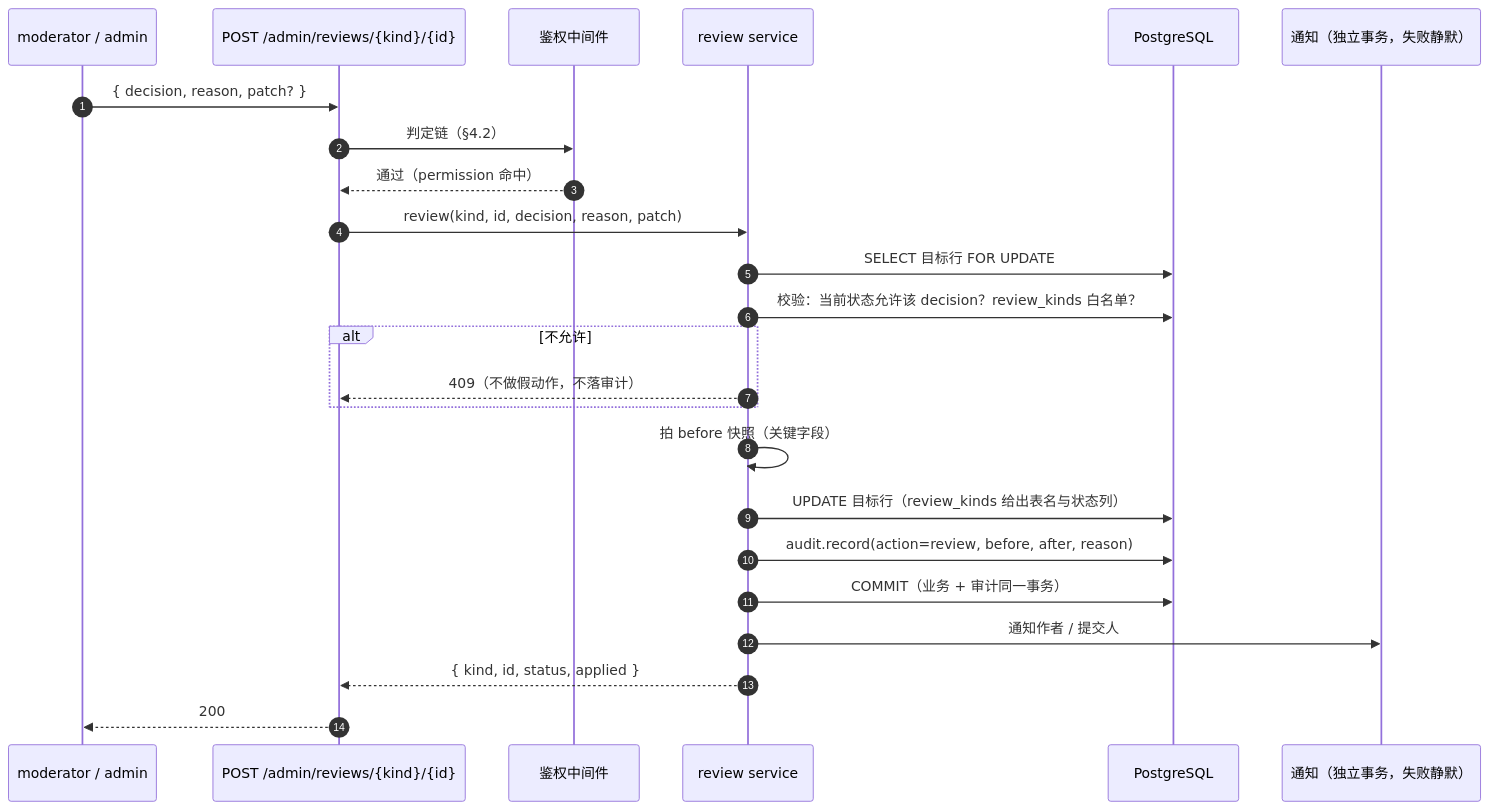
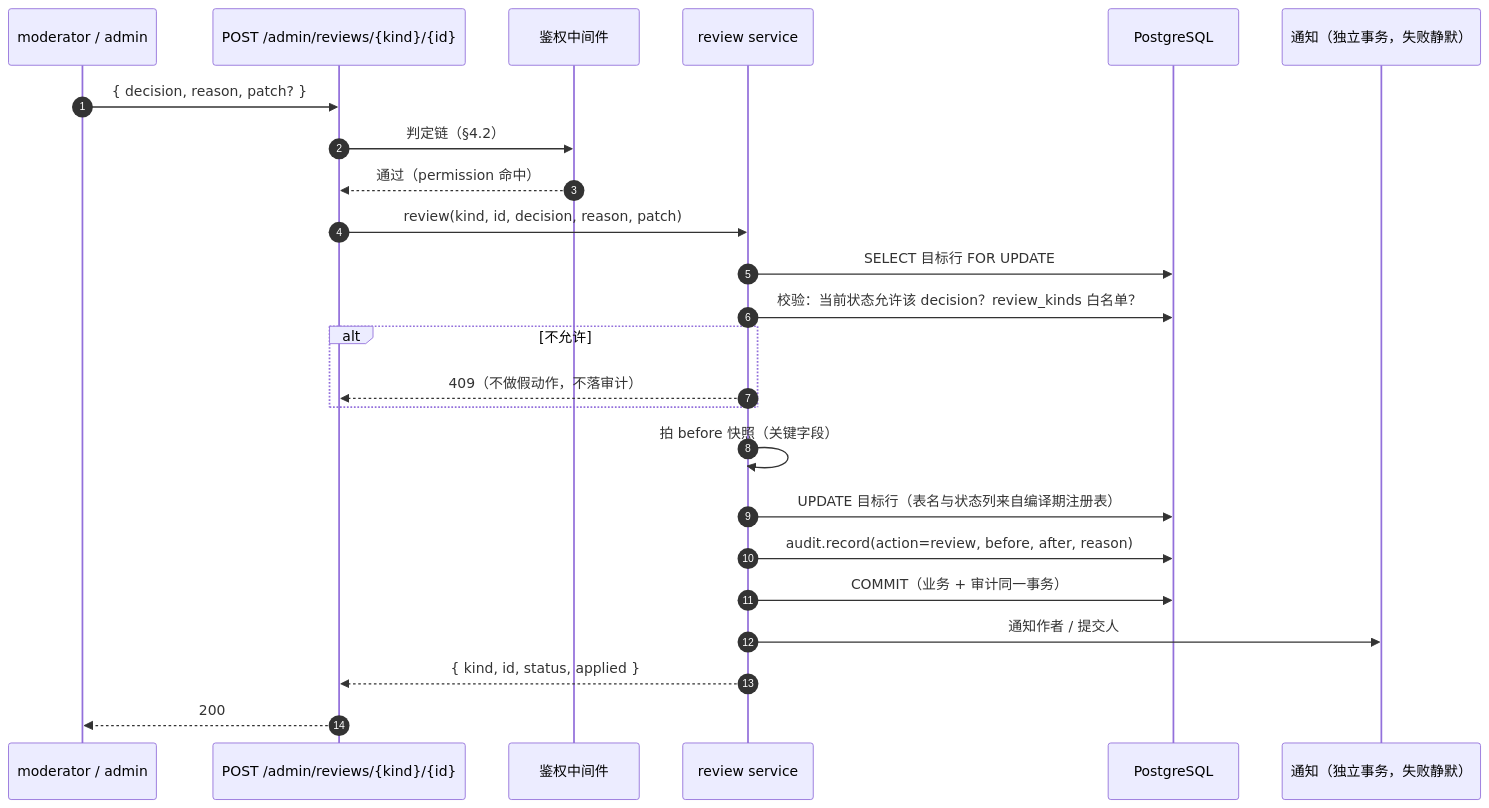
One commit to deepdemos/ds-demos-showcase changed the fourth of 7 diagrams in docs/治理域设计.md. Above: the diagram before and after it, drawn with Mermaid. The commit also changed other lines of this file and 8 other files, not shown here.

````diff
--- a/docs/治理域设计.md
+++ b/docs/治理域设计.md
@@ -741,27 +768,27 @@
 ```mermaid
 sequenceDiagram
     autonumber
     participant M as moderator / admin
     participant API as POST /admin/reviews/{kind}/{id}
     participant MW as 鉴权中间件
     participant SVC as review service
     participant DB as PostgreSQL
     participant N as 通知（独立事务，失败静默）
 
     M->>API: { decision, reason, patch? }
     API->>MW: 判定链（§4.2）
     MW-->>API: 通过（permission 命中）
     API->>SVC: review(kind, id, decision, reason, patch)
     SVC->>DB: SELECT 目标行 FOR UPDATE
     SVC->>DB: 校验：当前状态允许该 decision？review_kinds 白名单？
     alt 不允许
         SVC-->>API: 409（不做假动作，不落审计）
     end
     SVC->>SVC: 拍 before 快照（关键字段）
-    SVC->>DB: UPDATE 目标行（review_kinds 给出表名与状态列）
+    SVC->>DB: UPDATE 目标行（表名与状态列来自编译期注册表）
     SVC->>DB: audit.record(action=review, before, after, reason)
     SVC->>DB: COMMIT（业务 + 审计同一事务）
     SVC->>N: 通知作者 / 提交人
     SVC-->>API: { kind, id, status, applied }
     API-->>M: 200
 ```
````
